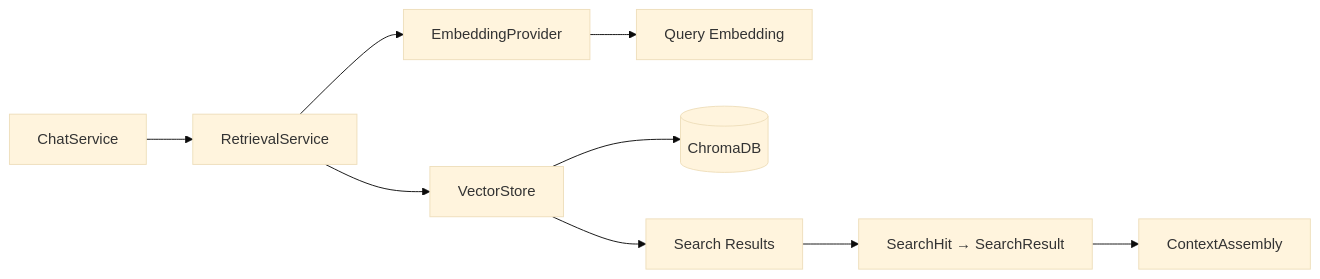
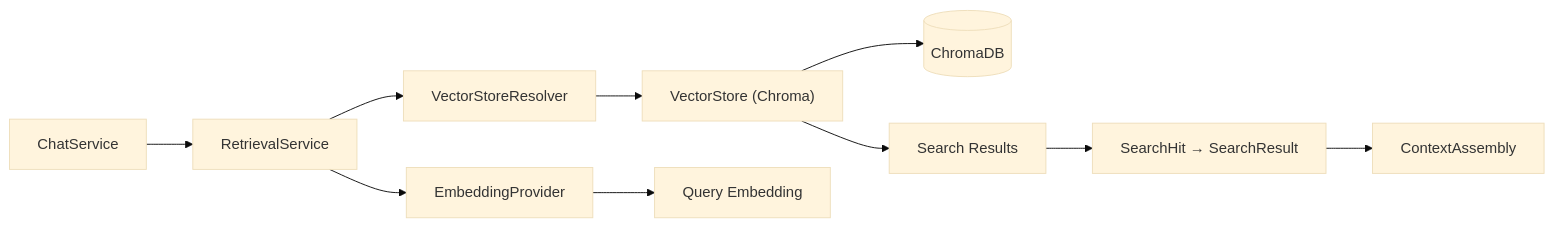
One commit to Smit-whitespace/repository-intelligence-platform changed the first of 2 diagrams in docs/architecture/backend/retrieval.md. Above: the diagram before and after it, drawn with Mermaid (base theme). The commit also changed other lines of this file and 75 other files, not shown here.

````diff
--- a/docs/architecture/backend/retrieval.md
+++ b/docs/architecture/backend/retrieval.md
@@ -43,11 +43,12 @@
 ```mermaid
 graph LR
     CS["ChatService"] --> RTRV["RetrievalService"]
+    RTRV --> VR["VectorStoreResolver"]
+    VR --> VS["VectorStore (Chroma)"]
     RTRV --> EP["EmbeddingProvider"]
-    RTRV --> VS["VectorStore"]
     EP --> EMB["Query Embedding"]
     VS --> DB[("ChromaDB")]
     VS --> RESULTS["Search Results"]
     RESULTS --> HITS["SearchHit → SearchResult"]
     HITS --> CA["ContextAssembly"]
 ```
````
